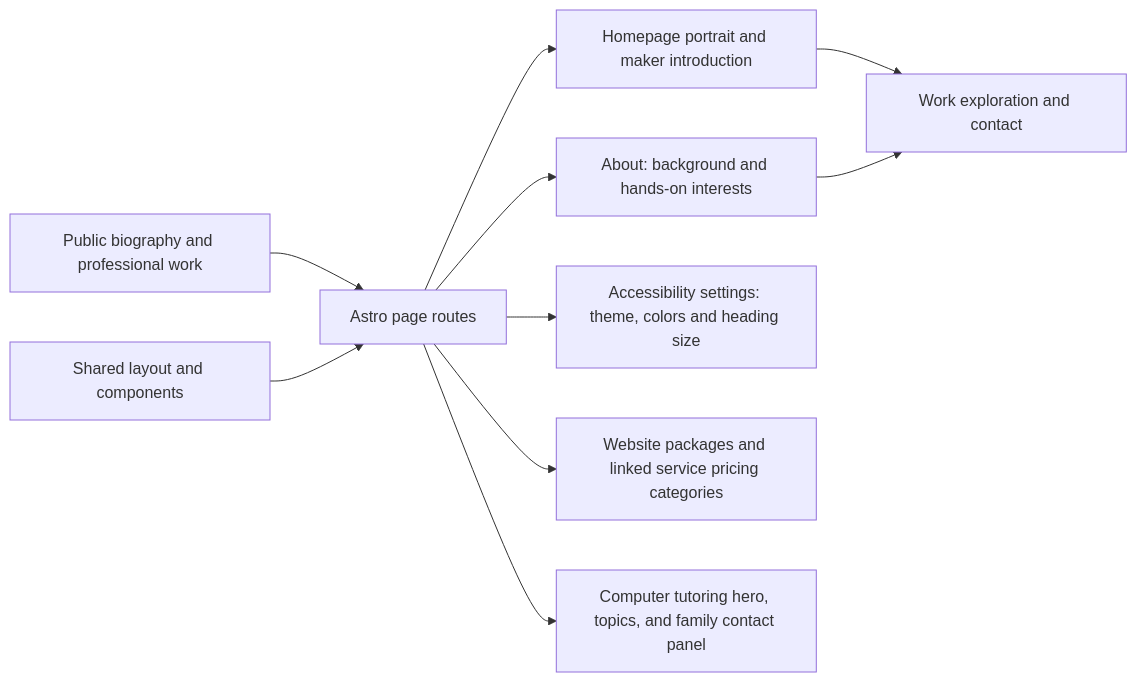
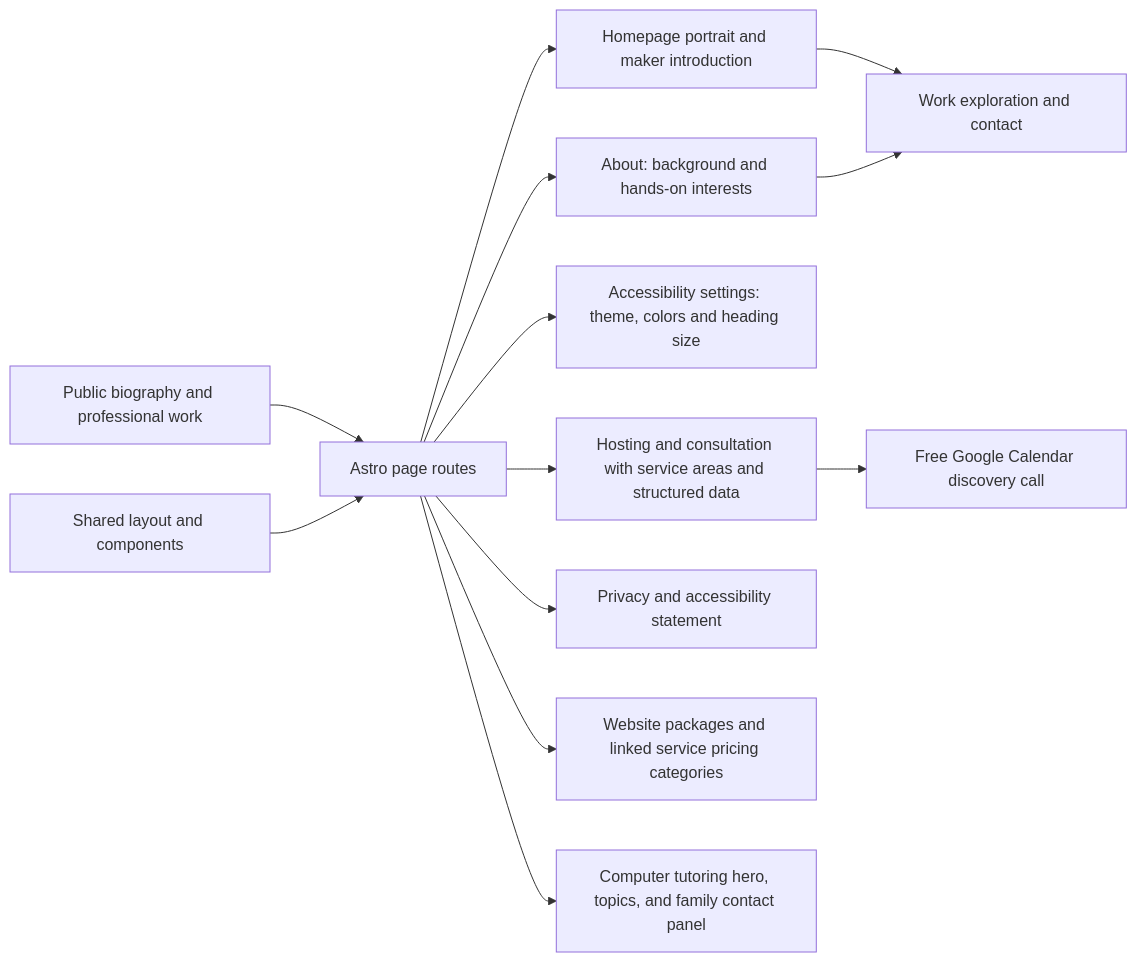
One commit to anoblet/astronautical-apogee changed the diagram in src/pages/_readme.md. Above: the diagram before and after it, drawn with Mermaid. The commit also changed other lines of this file and 13 other files, not shown here.

Commit message:
feat(services): add focused hosting and consultation landing pages

````diff
--- a/src/pages/_readme.md
+++ b/src/pages/_readme.md
@@ -12,12 +18,15 @@
 ```mermaid
 flowchart LR
     Biography[Public biography and professional work] --> Routes[Astro page routes]
     Routes --> Home[Homepage portrait and maker introduction]
     Routes --> About[About: background and hands-on interests]
     Layout[Shared layout and components] --> Routes
     Routes --> Accessibility[Accessibility settings: theme, colors and heading size]
+    Routes --> Ads[Hosting and consultation with service areas and structured data]
+    Ads --> Booking[Free Google Calendar discovery call]
+    Routes --> Policies[Privacy and accessibility statement]
     Routes --> Pricing[Website packages and linked service pricing categories]
     Routes --> Tutoring[Computer tutoring hero, topics, and family contact panel]
     Home --> Contact[Work exploration and contact]
     About --> Contact
 ```
````
